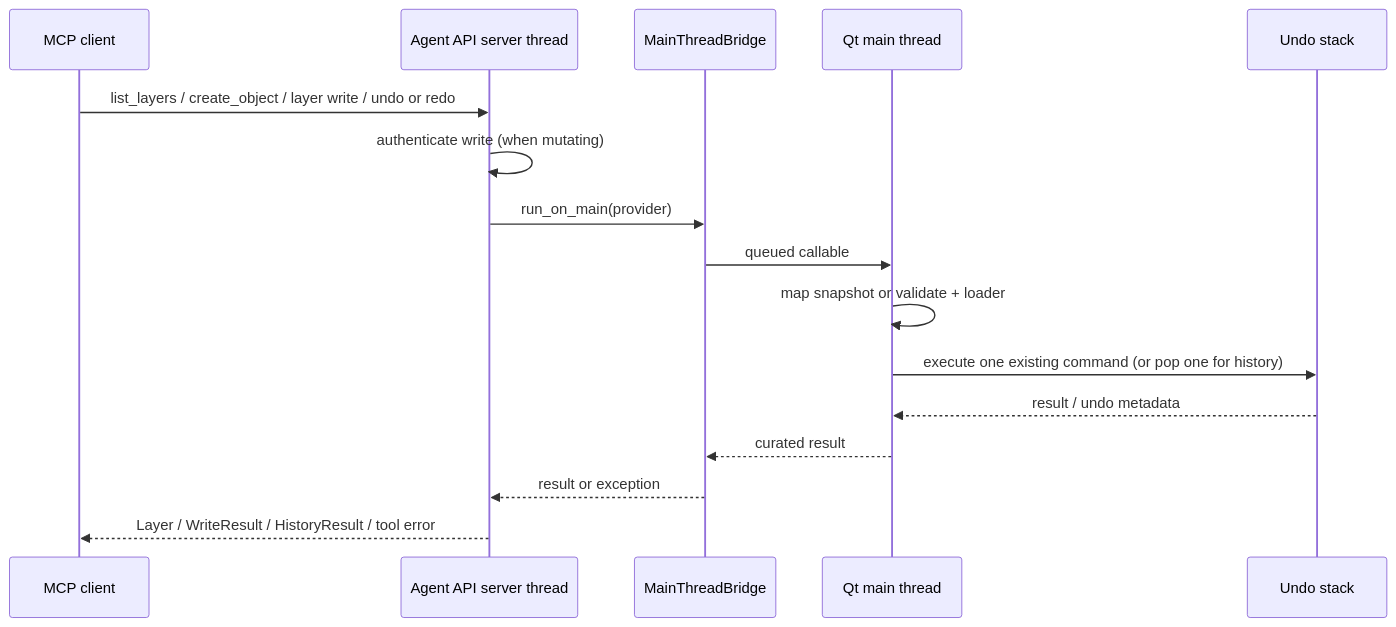
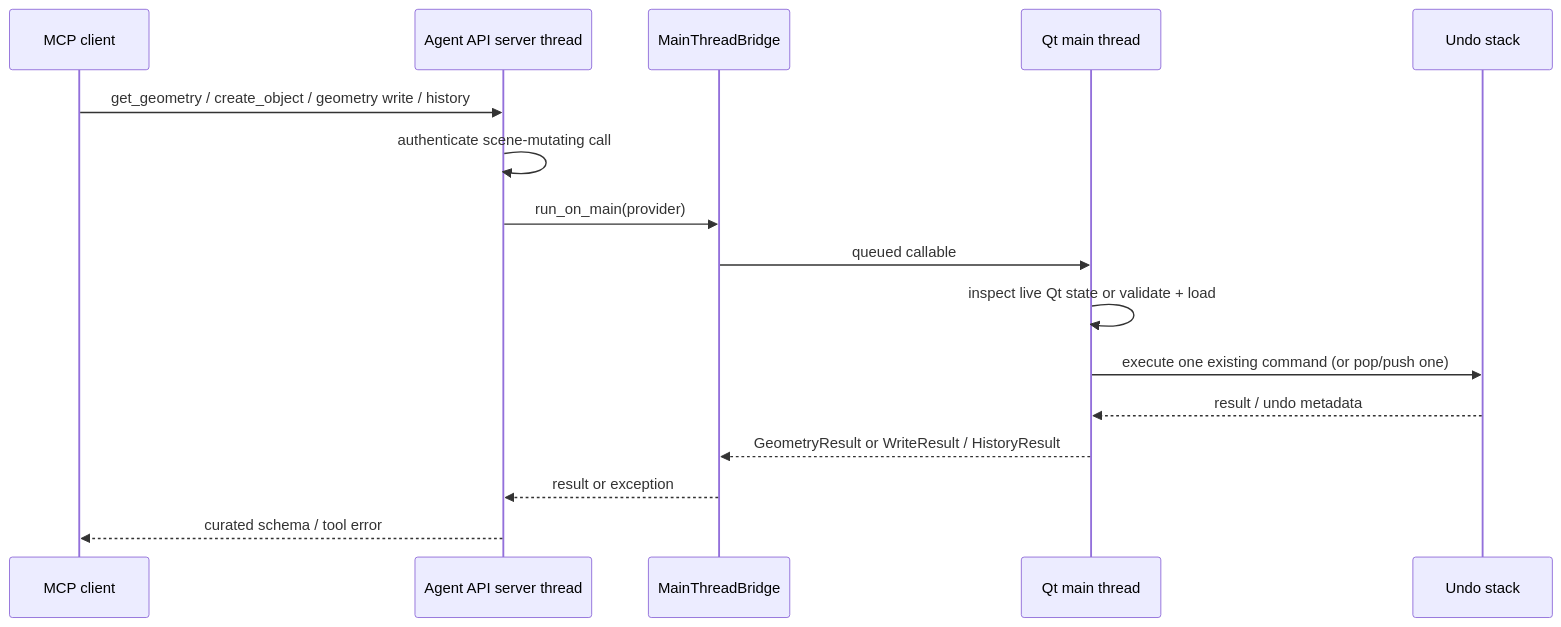
The fifth of 9 diagrams in docs/06-runtime-view/README.md (cofade/open-garden-planner), drawn with Mermaid before and after one commit. The commit also changed other lines of this file and 39 other files, not shown here.

````diff
--- a/docs/06-runtime-view/README.md
+++ b/docs/06-runtime-view/README.md
@@ -137,19 +137,19 @@
 ```mermaid
 sequenceDiagram
     participant A as MCP client
     participant S as Agent API server thread
     participant B as MainThreadBridge
     participant Q as Qt main thread
     participant U as Undo stack
 
-    A->>S: list_layers / create_object / layer write / undo or redo
-    S->>S: authenticate write (when mutating)
+    A->>S: get_geometry / create_object / geometry write / history
+    S->>S: authenticate scene-mutating call
     S->>B: run_on_main(provider)
     B->>Q: queued callable
-    Q->>Q: map snapshot or validate + loader
-    Q->>U: execute one existing command (or pop one for history)
+    Q->>Q: inspect live Qt state or validate + load
+    Q->>U: execute one existing command (or pop/push one)
     U-->>Q: result / undo metadata
-    Q-->>B: curated result
+    Q-->>B: GeometryResult or WriteResult / HistoryResult
     B-->>S: result or exception
-    S-->>A: Layer / WriteResult / HistoryResult / tool error
+    S-->>A: curated schema / tool error
 ```
````
